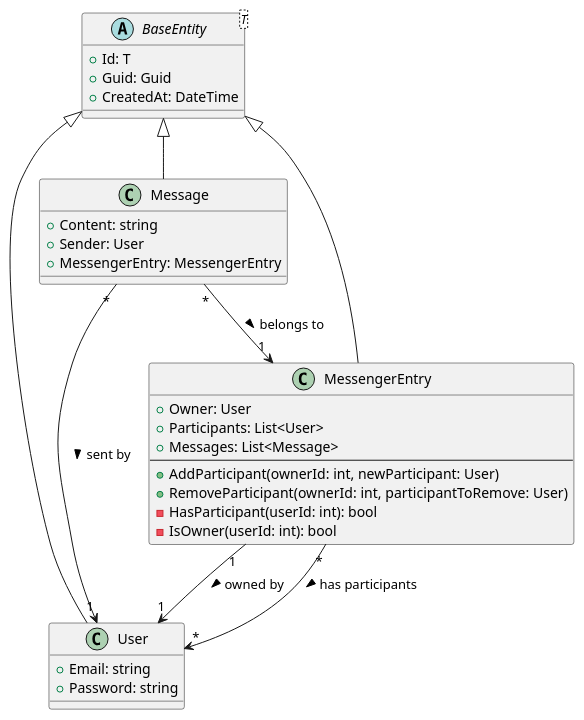
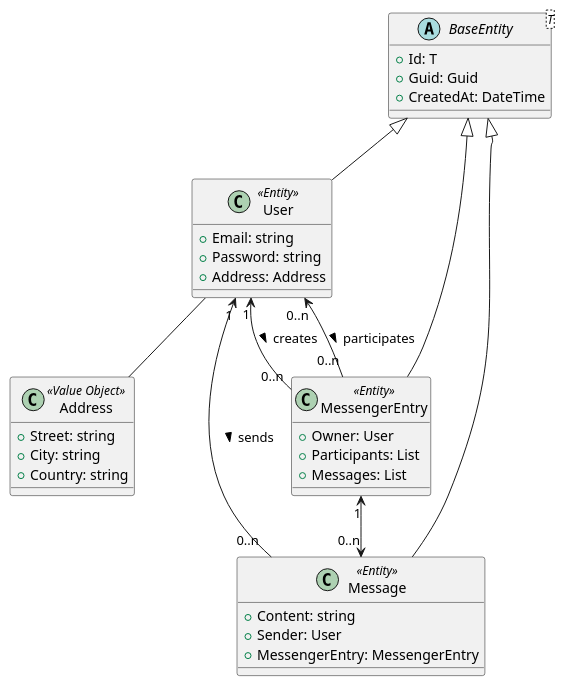
One commit to rw-dalai/MessengerAPI-Backend changed the diagram in model.puml. Above: the diagram before and after it, drawn with PlantUML. The commit also changed 14 other files, not shown here.

```diff
--- a/model.puml
+++ b/model.puml
@@ -1,42 +1,44 @@
 @startuml
-' Abstract base class
+' Entities
 abstract class BaseEntity<T> {
   + Id: T
   + Guid: Guid
   + CreatedAt: DateTime
 }
 
-class User {
+class User <<Entity>> {
   + Email: string
   + Password: string
+  + Address: Address
 }
 
-class Message {
+class Message <<Entity>> {
   + Content: string
   + Sender: User
   + MessengerEntry: MessengerEntry
 }
 
-class MessengerEntry {
+class MessengerEntry <<Entity>> {
   + Owner: User
-  + Participants: List<User>
-  + Messages: List<Message>
-  --
-  + AddParticipant(ownerId: int, newParticipant: User)
-  + RemoveParticipant(ownerId: int, participantToRemove: User)
-  - HasParticipant(userId: int): bool
-  - IsOwner(userId: int): bool
+  + Participants: List
+  + Messages: List
+}
+
+class Address <<Value Object>> {
+  + Street: string
+  + City: string
+  + Country: string
 }
 
 ' Inheritance
 BaseEntity <|-- User
 BaseEntity <|-- Message
 BaseEntity <|-- MessengerEntry
 
 ' Relationships
-Message "*" --> "1" MessengerEntry : belongs to >
-Message "*" --> "1" User : sent by >
-MessengerEntry "1" --> "1" User : owned by >
-MessengerEntry "*" --> "*" User : has participants >
-
+User --  Address
+User "1" <-- "0..n" Message : sends >
+User "1" <-- "0..n" MessengerEntry : creates >
+User "0..n" <-- "0..n" MessengerEntry : participates >
+MessengerEntry "1" <--> "0..n" Message
 @enduml
```
